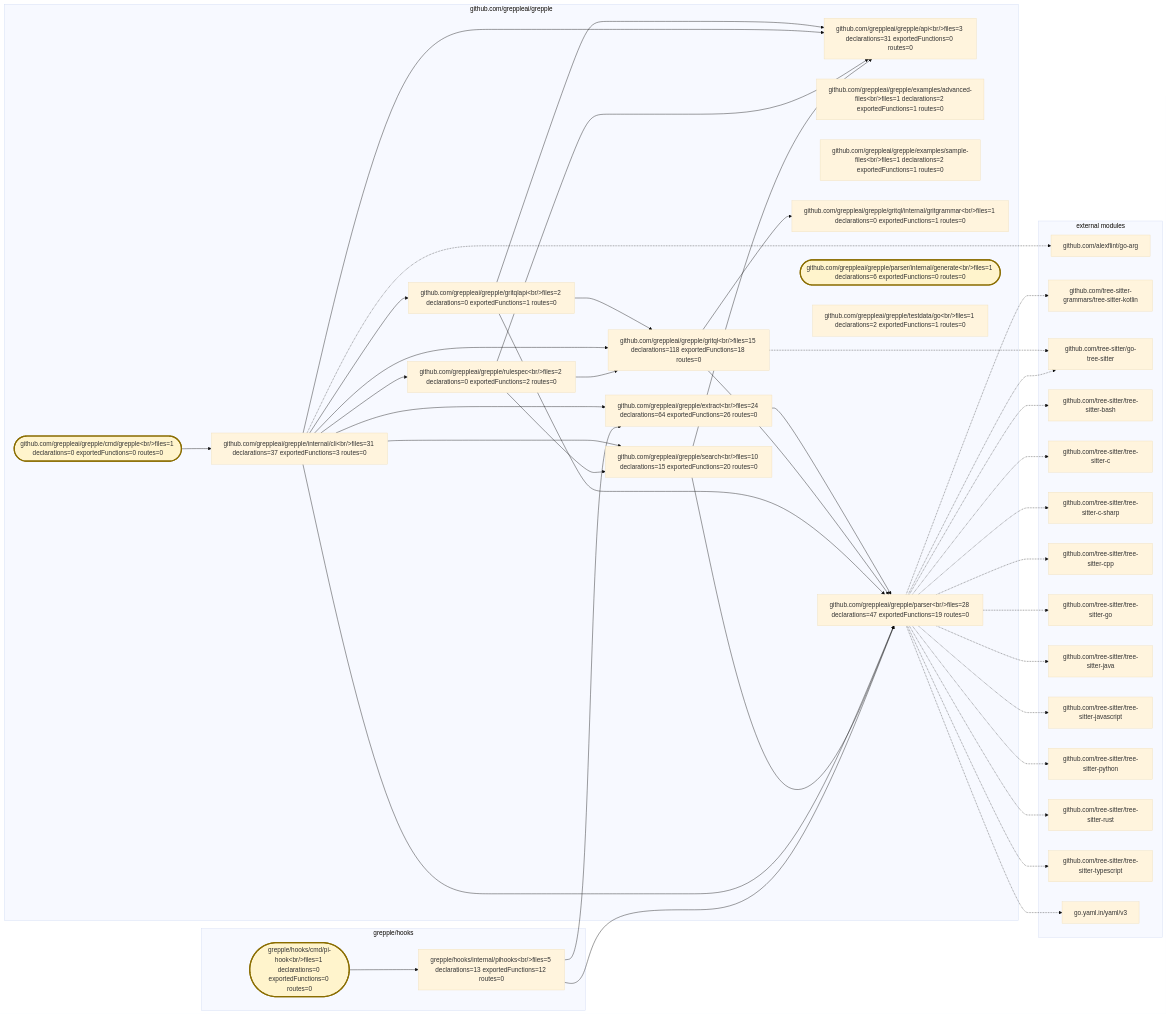
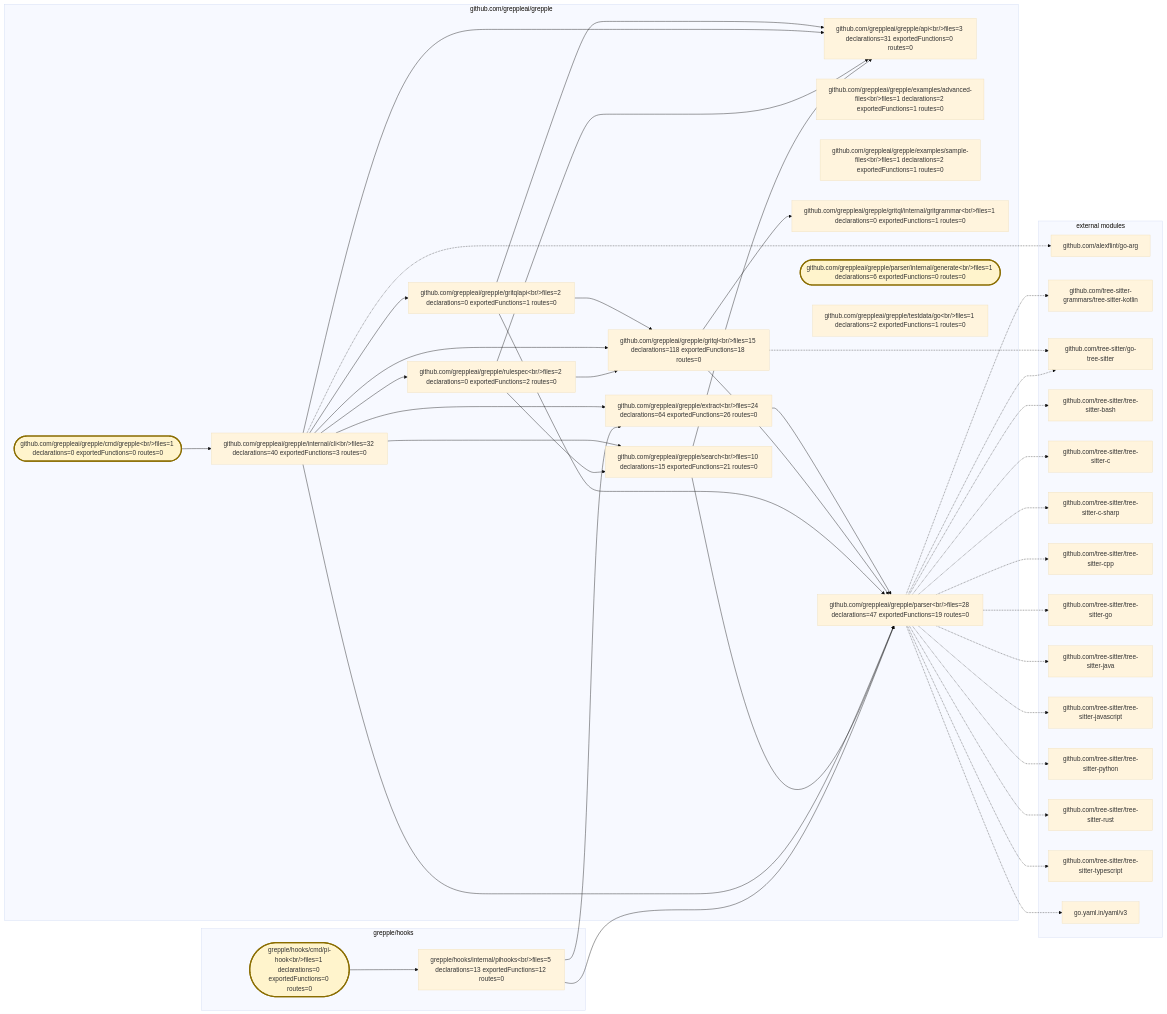
The diagram in .grepple/project.workspace/overview.mmd (greppleai/grepple), drawn with Mermaid (base theme) before and after one commit. The commit also changed 18 other files, not shown here.

Commit message:
feat: expose normalized navigation graphs

```diff
--- a/.grepple/project.workspace/overview.mmd
+++ b/.grepple/project.workspace/overview.mmd
@@ -1,78 +1,78 @@
 flowchart LR
     classDef entrypoint fill:#fff4cc,stroke:#8a6d00,stroke-width:3px
     subgraph module_0["github.com/greppleai/grepple"]
         package_0["github.com/greppleai/grepple/api&lt;br/&gt;files=3 declarations=31 exportedFunctions=0 routes=0"]
         package_1(["github.com/greppleai/grepple/cmd/grepple&lt;br/&gt;files=1 declarations=0 exportedFunctions=0 routes=0"])
         class package_1 entrypoint
         package_2["github.com/greppleai/grepple/examples/advanced-files&lt;br/&gt;files=1 declarations=2 exportedFunctions=1 routes=0"]
         package_3["github.com/greppleai/grepple/examples/sample-files&lt;br/&gt;files=1 declarations=2 exportedFunctions=1 routes=0"]
         package_4["github.com/greppleai/grepple/extract&lt;br/&gt;files=24 declarations=64 exportedFunctions=26 routes=0"]
         package_5["github.com/greppleai/grepple/gritql&lt;br/&gt;files=15 declarations=118 exportedFunctions=18 routes=0"]
         package_6["github.com/greppleai/grepple/gritql/internal/gritgrammar&lt;br/&gt;files=1 declarations=0 exportedFunctions=1 routes=0"]
         package_7["github.com/greppleai/grepple/gritqlapi&lt;br/&gt;files=2 declarations=0 exportedFunctions=1 routes=0"]
-        package_8["github.com/greppleai/grepple/internal/cli&lt;br/&gt;files=31 declarations=37 exportedFunctions=3 routes=0"]
+        package_8["github.com/greppleai/grepple/internal/cli&lt;br/&gt;files=32 declarations=40 exportedFunctions=3 routes=0"]
         package_9["github.com/greppleai/grepple/parser&lt;br/&gt;files=28 declarations=47 exportedFunctions=19 routes=0"]
         package_10(["github.com/greppleai/grepple/parser/internal/generate&lt;br/&gt;files=1 declarations=6 exportedFunctions=0 routes=0"])
         class package_10 entrypoint
         package_11["github.com/greppleai/grepple/rulespec&lt;br/&gt;files=2 declarations=0 exportedFunctions=2 routes=0"]
-        package_12["github.com/greppleai/grepple/search&lt;br/&gt;files=10 declarations=15 exportedFunctions=20 routes=0"]
+        package_12["github.com/greppleai/grepple/search&lt;br/&gt;files=10 declarations=15 exportedFunctions=21 routes=0"]
         package_13["github.com/greppleai/grepple/testdata/go&lt;br/&gt;files=1 declarations=2 exportedFunctions=1 routes=0"]
     end
     subgraph module_1["grepple/hooks"]
         package_14(["grepple/hooks/cmd/pi-hook&lt;br/&gt;files=1 declarations=0 exportedFunctions=0 routes=0"])
         class package_14 entrypoint
         package_15["grepple/hooks/internal/pihooks&lt;br/&gt;files=5 declarations=13 exportedFunctions=12 routes=0"]
     end
     package_1 --> package_8
     package_4 --> package_9
     package_5 --> package_6
     package_5 --> package_9
     package_7 --> package_0
     package_7 --> package_5
     package_7 --> package_9
     package_8 --> package_0
     package_8 --> package_4
     package_8 --> package_5
     package_8 --> package_7
     package_8 --> package_9
     package_8 --> package_11
     package_8 --> package_12
     package_11 --> package_0
     package_11 --> package_5
     package_11 --> package_12
     package_12 --> package_0
     package_12 --> package_9
     package_14 --> package_15
     package_15 --> package_4
     package_15 --> package_9
     subgraph external_dependencies["external modules"]
         external_0["github.com/alexflint/go-arg"]
         external_1["github.com/tree-sitter-grammars/tree-sitter-kotlin"]
         external_2["github.com/tree-sitter/go-tree-sitter"]
         external_3["github.com/tree-sitter/tree-sitter-bash"]
         external_4["github.com/tree-sitter/tree-sitter-c"]
         external_5["github.com/tree-sitter/tree-sitter-c-sharp"]
         external_6["github.com/tree-sitter/tree-sitter-cpp"]
         external_7["github.com/tree-sitter/tree-sitter-go"]
         external_8["github.com/tree-sitter/tree-sitter-java"]
         external_9["github.com/tree-sitter/tree-sitter-javascript"]
         external_10["github.com/tree-sitter/tree-sitter-python"]
         external_11["github.com/tree-sitter/tree-sitter-rust"]
         external_12["github.com/tree-sitter/tree-sitter-typescript"]
         external_13["go.yaml.in/yaml/v3"]
     end
     package_8 -.-> external_0
     package_9 -.-> external_1
     package_5 -.-> external_2
     package_9 -.-> external_2
     package_9 -.-> external_3
     package_9 -.-> external_4
     package_9 -.-> external_5
     package_9 -.-> external_6
     package_9 -.-> external_7
     package_9 -.-> external_8
     package_9 -.-> external_9
     package_9 -.-> external_10
     package_9 -.-> external_11
     package_9 -.-> external_12
     package_9 -.-> external_13
```
